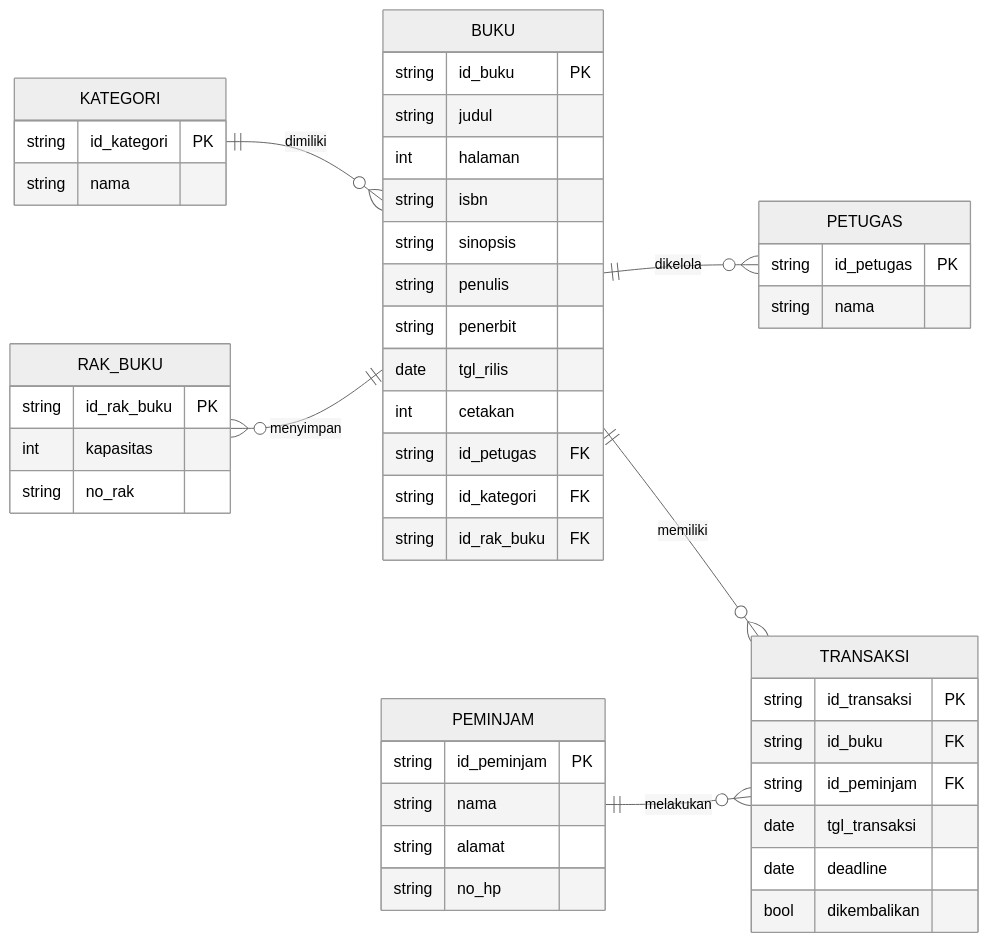
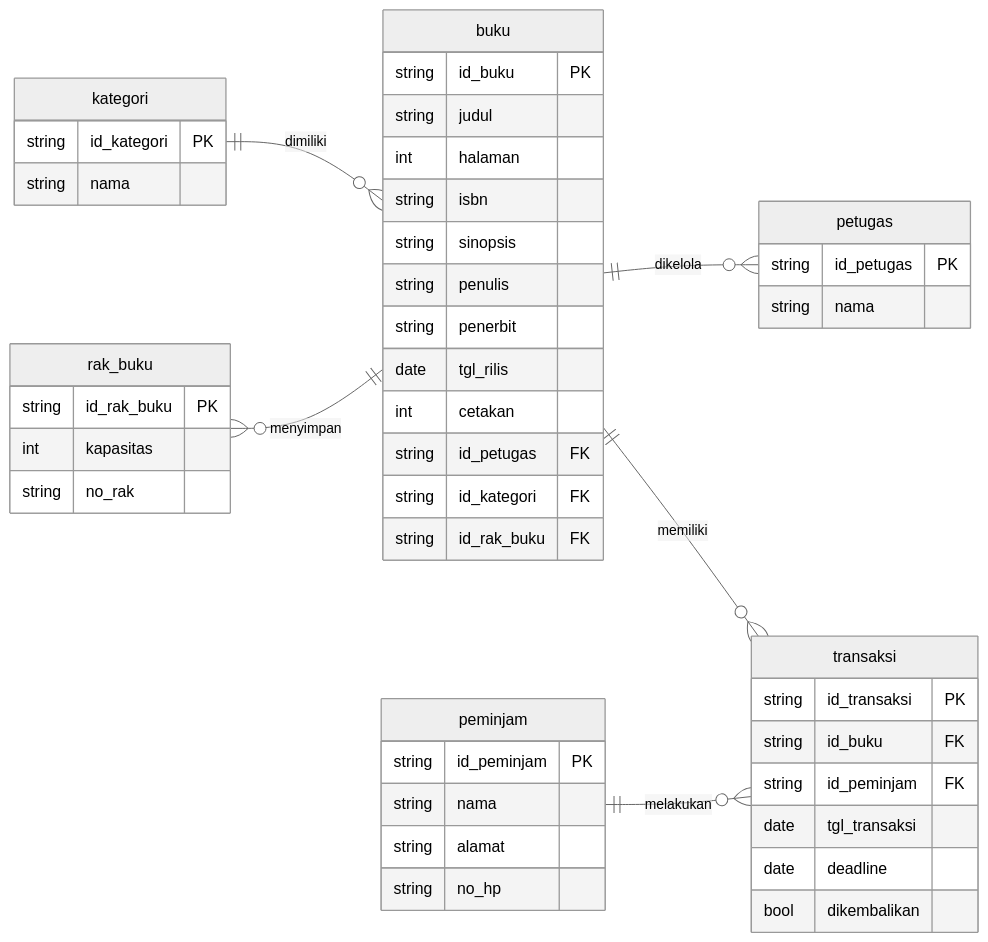
Before and after one commit to mdavindarinaldy/fgo24-db-erd: the diagram in README.md, drawn with Mermaid (neutral theme). The commit also changed other lines of this file, not shown here.

Commit message:
docs: update README, using snake_case (lowercase) in ERD

````diff
--- a/README.md
+++ b/README.md
@@ -7,50 +7,50 @@
 ```mermaid
 erDiagram
     direction LR
-    BUKU {
+    buku {
         string id_buku PK
         string judul
         int halaman
         string isbn
         string sinopsis
         string penulis
         string penerbit
         date tgl_rilis
         int cetakan
         string id_petugas FK
         string id_kategori FK
         string id_rak_buku FK
     }
-    KATEGORI {
+    kategori {
         string id_kategori PK
         string nama
     }
-    RAK_BUKU {
+    rak_buku {
         string id_rak_buku PK
         int kapasitas
         string no_rak
     }
-    PETUGAS {
+    petugas {
         string id_petugas PK
         string nama
     }
-    PEMINJAM {
+    peminjam {
         string id_peminjam PK
         string nama
         string alamat
         string no_hp
     }
-    TRANSAKSI {
+    transaksi {
         string id_transaksi PK
         string id_buku FK
         string id_peminjam FK
         date tgl_transaksi
         date deadline
         bool dikembalikan
     }
-    KATEGORI ||--o{ BUKU: dimiliki
-    RAK_BUKU }o--|| BUKU: menyimpan
-    BUKU ||--o{ PETUGAS: dikelola
-    BUKU ||--o{ TRANSAKSI: memiliki
-    PEMINJAM ||--o{ TRANSAKSI: melakukan
+    kategori ||--o{ buku: dimiliki
+    rak_buku }o--|| buku: menyimpan
+    buku ||--o{ petugas: dikelola
+    buku ||--o{ transaksi: memiliki
+    peminjam ||--o{ transaksi: melakukan
 ```
````
